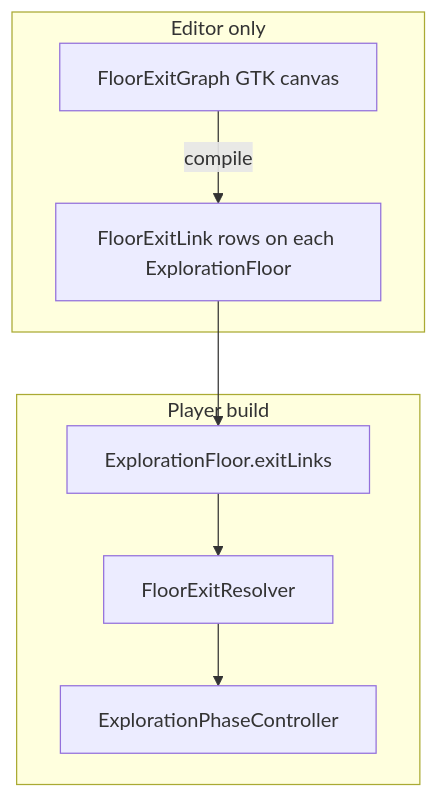
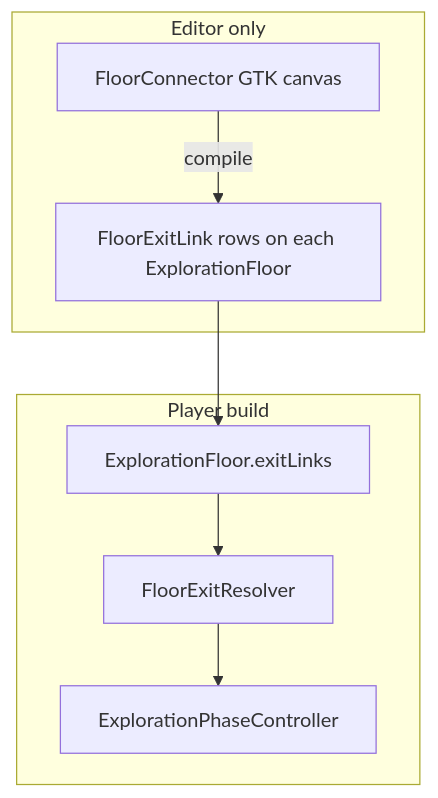
One commit to miramocha/griddungeon-design-docs changed the diagram in decisions/040-floor-exit-topology-graph.md. Above: the diagram before and after it, drawn with Mermaid. The commit also changed other lines of this file and 3 other files, not shown here.

First line of the commit message:
Rename floor exit graph docs to Floor Connector (#253).

````diff
--- a/decisions/040-floor-exit-topology-graph.md
+++ b/decisions/040-floor-exit-topology-graph.md
@@ -72,13 +72,13 @@
 ```mermaid
 flowchart TB
   subgraph editor [Editor only]
-    GT[FloorExitGraph GTK canvas]
+    GT[FloorConnector GTK canvas]
     GT -->|compile| Links[FloorExitLink rows on each ExplorationFloor]
   end
   subgraph runtime [Player build]
     SF[ExplorationFloor.exitLinks]
     SF --> Resolver[FloorExitResolver]
     Resolver --> EPC[ExplorationPhaseController]
   end
   Links --> SF
 ```
````
